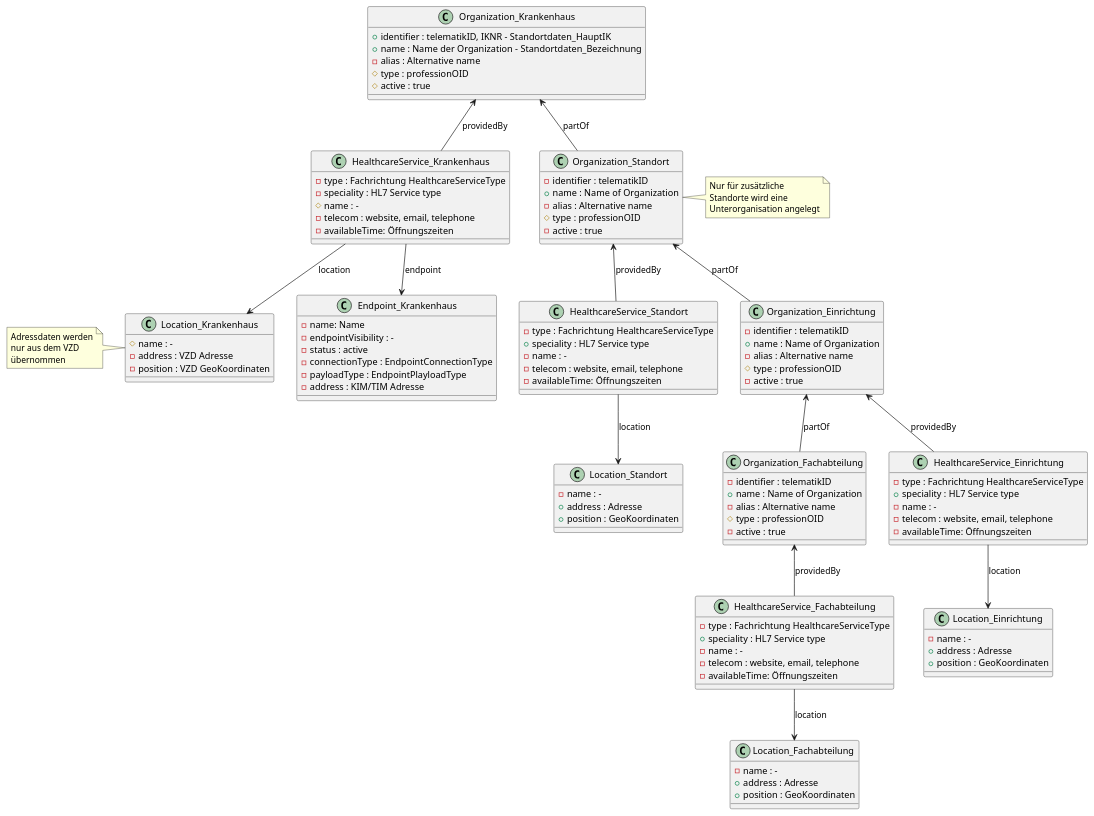
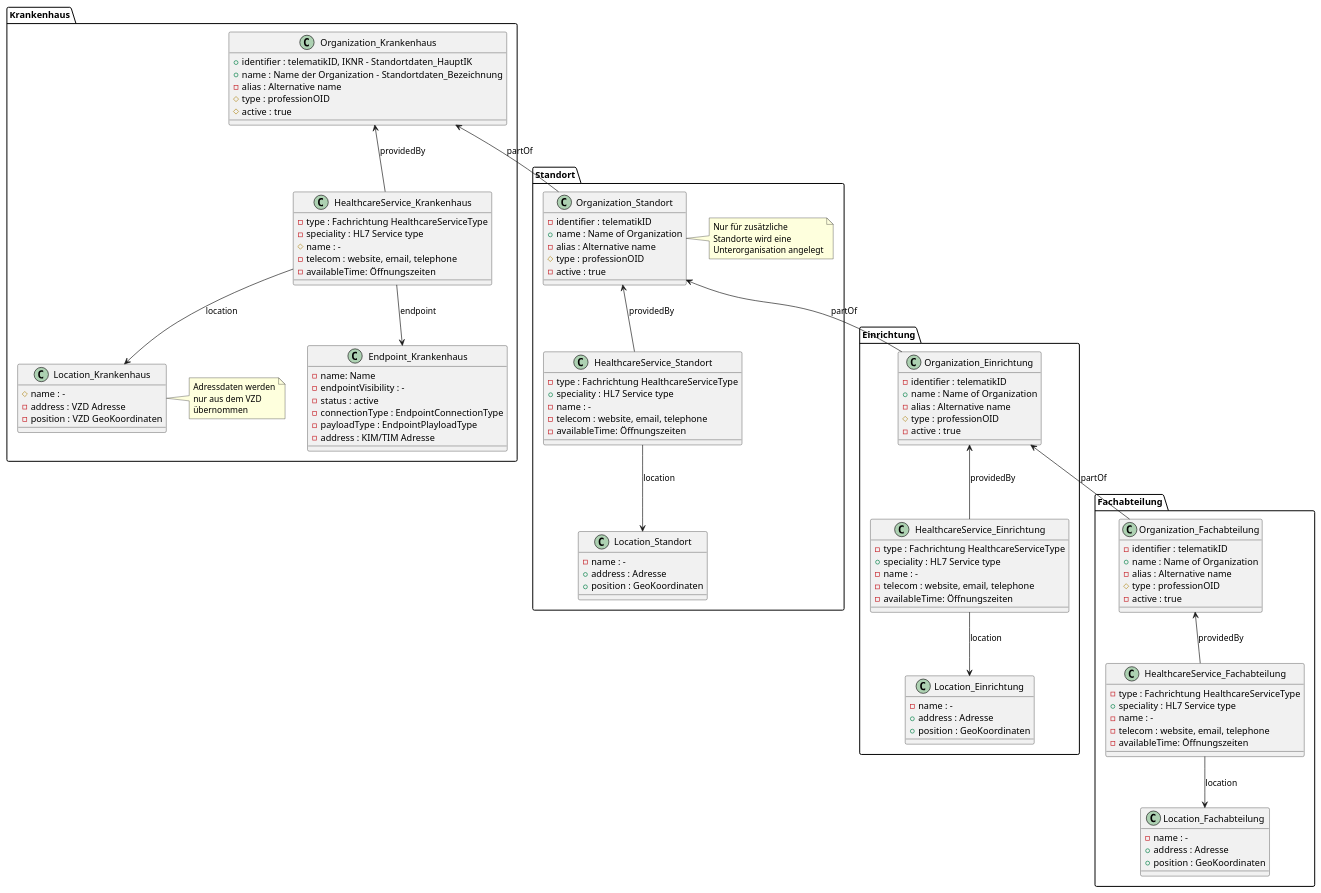
The diagram in src/plantuml/OrgStruct/Standortverzeichnis.puml (gematik/api-vzd), drawn with PlantUML before and after one commit.

```diff
--- a/src/plantuml/OrgStruct/Standortverzeichnis.puml
+++ b/src/plantuml/OrgStruct/Standortverzeichnis.puml
@@ -1,147 +1,159 @@
 @startuml
 
+package "Krankenhaus" {
 
 class Organization_Krankenhaus {
 +identifier : telematikID, IKNR - Standortdaten_HauptIK
 +name : Name der Organization - Standortdaten_Bezeichnung
 -alias : Alternative name
 #type : professionOID
 #active : true
 }
 
 
 
 class HealthcareService_Krankenhaus {
 -type : Fachrichtung HealthcareServiceType
 -speciality : HL7 Service type
 #name : -
 -telecom : website, email, telephone
 -availableTime: Öffnungszeiten
 }
 
 Organization_Krankenhaus <-- HealthcareService_Krankenhaus : providedBy
 HealthcareService_Krankenhaus --> Location_Krankenhaus : location
 HealthcareService_Krankenhaus --> Endpoint_Krankenhaus : endpoint
 
 
 class Location_Krankenhaus {
 #name : -
 -address : VZD Adresse 
 -position : VZD GeoKoordinaten
 }
 note left of Location_Krankenhaus 
    Adressdaten werden
    nur aus dem VZD
    übernommen
 end note   
 
 class Endpoint_Krankenhaus {
 -name: Name
 -endpointVisibility : -
 -status : active
 -connectionType : EndpointConnectionType
 -payloadType : EndpointPlayloadType
 -address : KIM/TIM Adresse
 }
 
+}
+
+package "Standort" {
 
 class Organization_Standort {
 -identifier : telematikID
 +name : Name of Organization
 -alias : Alternative name
 #type : professionOID
 -active : true
 }
 note right of Organization_Standort 
    Nur für zusätzliche
    Standorte wird eine
    Unterorganisation angelegt
 end note 
 
 Organization_Krankenhaus <-- Organization_Standort : "partOf"
 HealthcareService_Krankenhaus -[hidden]right-> Organization_Standort
 
 class HealthcareService_Standort {
 -type : Fachrichtung HealthcareServiceType
 +speciality : HL7 Service type
 -name : -
 -telecom : website, email, telephone
 -availableTime: Öffnungszeiten
 }
 
 HealthcareService_Standort --> Location_Standort : location
 Organization_Standort <-- HealthcareService_Standort : providedBy
 
 
 
 class Location_Standort {
 -name : -
 +address : Adresse
 +position : GeoKoordinaten
 }
 
+}
+
+package "Einrichtung" {
 
 class Organization_Einrichtung {
 -identifier : telematikID
 +name : Name of Organization
 -alias : Alternative name
 #type : professionOID
 -active : true
 }
 
 
 Organization_Standort <-- Organization_Einrichtung : "partOf"
 
 class HealthcareService_Einrichtung {
 -type : Fachrichtung HealthcareServiceType
 +speciality : HL7 Service type
 -name : -
 -telecom : website, email, telephone
 -availableTime: Öffnungszeiten
 }
 
 HealthcareService_Einrichtung --> Location_Einrichtung : location
 Organization_Einrichtung <-- HealthcareService_Einrichtung : providedBy
 
 
 
 class Location_Einrichtung {
 -name : -
 +address : Adresse
 +position : GeoKoordinaten
 }
 
+}
+
+
+package "Fachabteilung" {
+
 
 class Organization_Fachabteilung {
 -identifier : telematikID
 +name : Name of Organization
 -alias : Alternative name
 #type : professionOID
 -active : true
 }
 
 
 Organization_Einrichtung <-- Organization_Fachabteilung : "partOf"
 
 class HealthcareService_Fachabteilung {
 -type : Fachrichtung HealthcareServiceType
 +speciality : HL7 Service type
 -name : -
 -telecom : website, email, telephone
 -availableTime: Öffnungszeiten
 }
 
 HealthcareService_Fachabteilung --> Location_Fachabteilung : location
 Organization_Fachabteilung <-- HealthcareService_Fachabteilung : providedBy
 
 
 class Location_Fachabteilung {
 -name : -
 +address : Adresse
 +position : GeoKoordinaten
 }
 
-
+}
 
 
 @enduml
```
